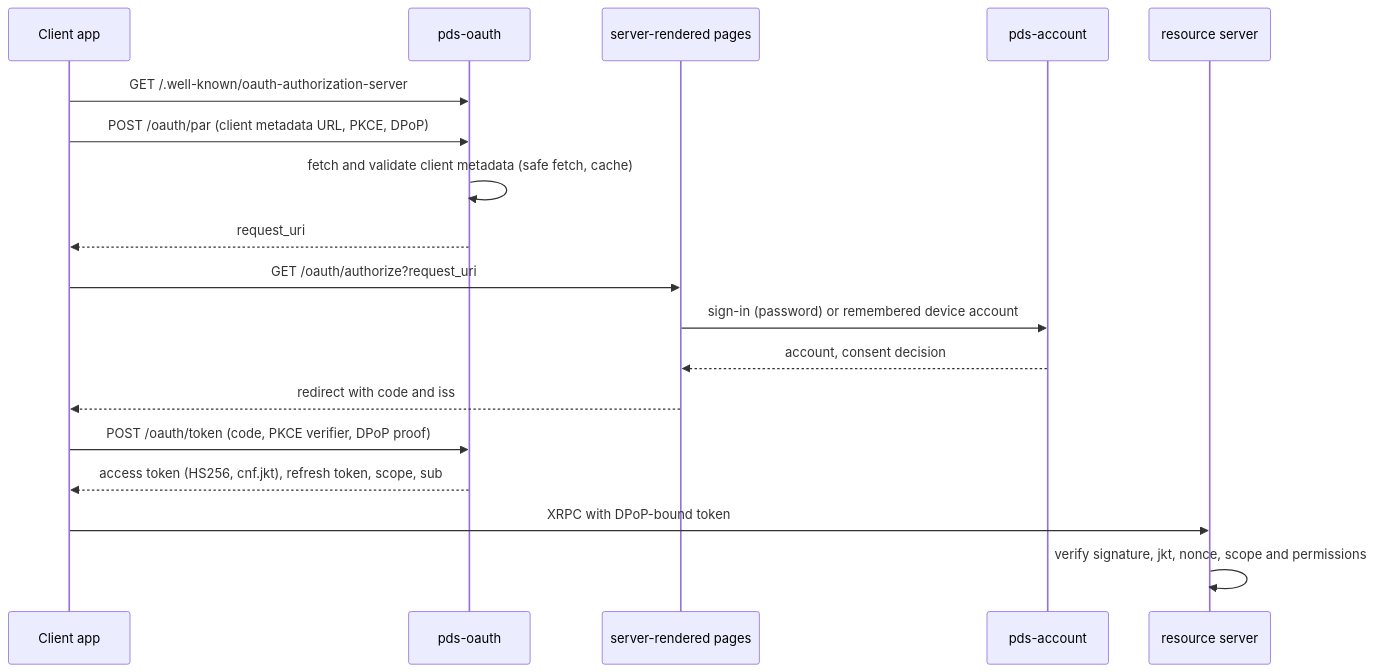
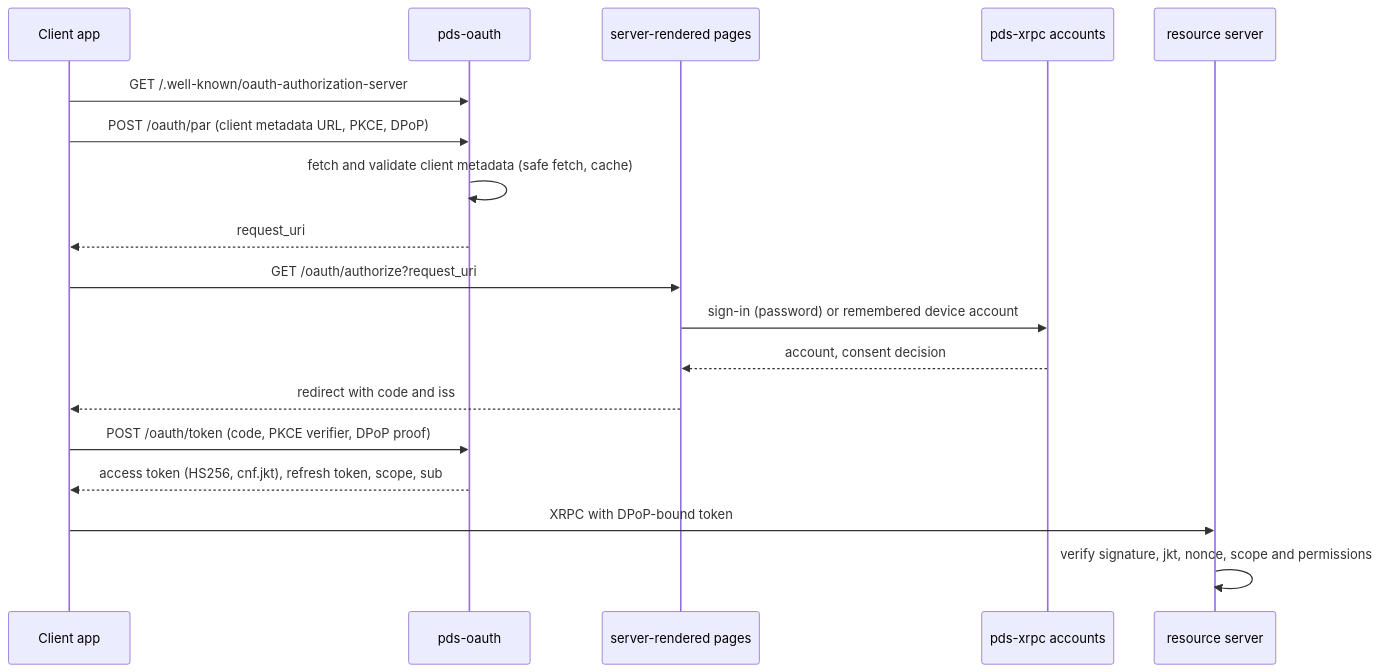
Before and after one commit to linkjar/pds: the diagram in docs/architecture/diagrams/09-oauth-stock.mmd, drawn with Mermaid. The commit also changed 11 other files, not shown here.

First line of the commit message:
Remove the pds-account skeleton

```diff
--- a/docs/architecture/diagrams/09-oauth-stock.mmd
+++ b/docs/architecture/diagrams/09-oauth-stock.mmd
@@ -1,18 +1,18 @@
 sequenceDiagram
   participant App as Client app
   participant AS as pds-oauth
   participant UI as server-rendered pages
-  participant Acc as pds-account
+  participant Acc as pds-xrpc accounts
   participant RS as resource server
   App->>AS: GET /.well-known/oauth-authorization-server
   App->>AS: POST /oauth/par (client metadata URL, PKCE, DPoP)
   AS->>AS: fetch and validate client metadata (safe fetch, cache)
   AS-->>App: request_uri
   App->>UI: GET /oauth/authorize?request_uri
   UI->>Acc: sign-in (password) or remembered device account
   Acc-->>UI: account, consent decision
   UI-->>App: redirect with code and iss
   App->>AS: POST /oauth/token (code, PKCE verifier, DPoP proof)
   AS-->>App: access token (HS256, cnf.jkt), refresh token, scope, sub
   App->>RS: XRPC with DPoP-bound token
   RS->>RS: verify signature, jkt, nonce, scope and permissions
```
